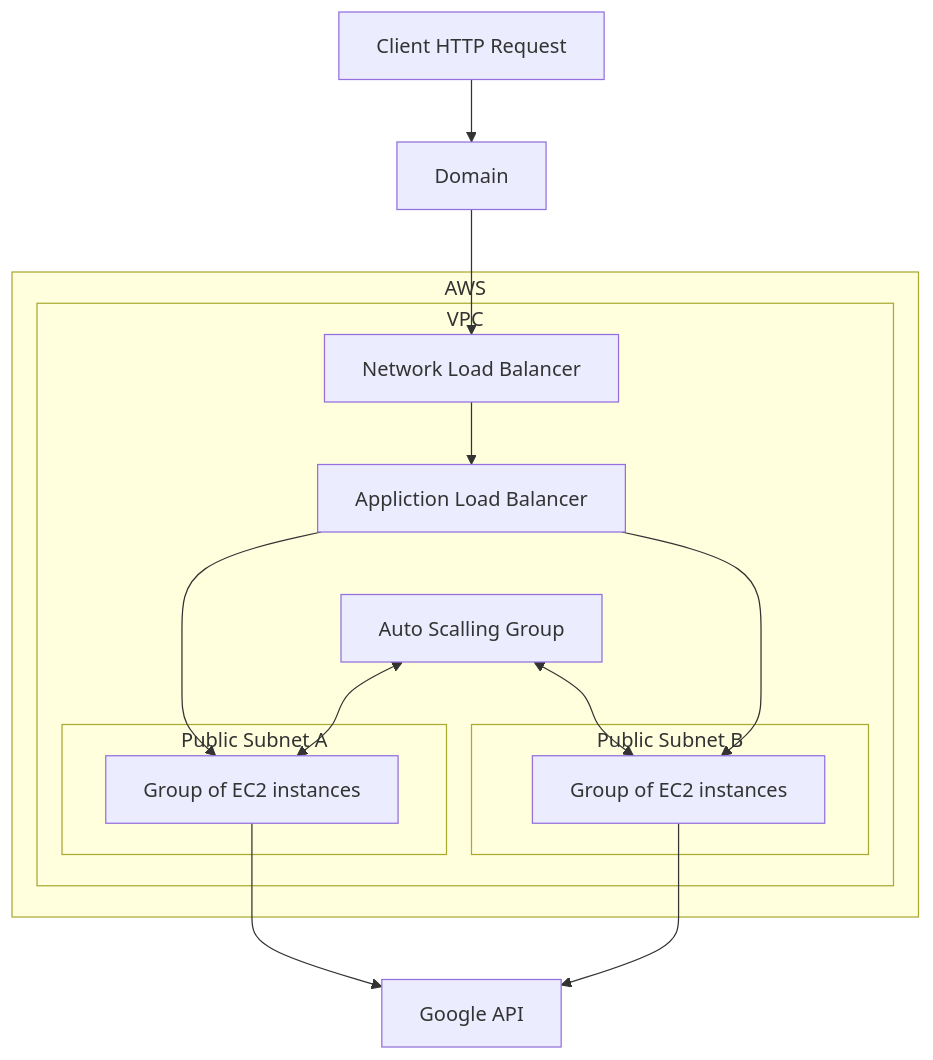
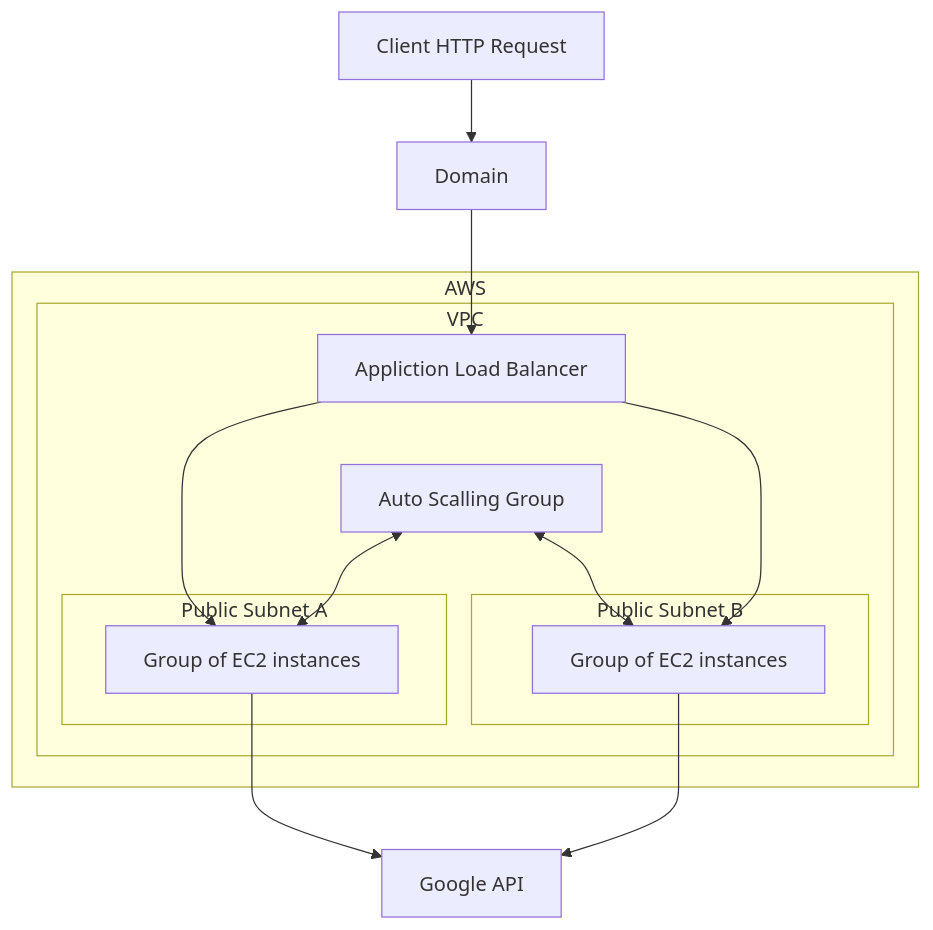
One commit to omer-priel/madabclick changed the third of 3 diagrams in README.md. Above: the diagram before and after it, drawn with Mermaid. The commit also changed 7 other files, not shown here.

````diff
--- a/README.md
+++ b/README.md
@@ -62,28 +62,25 @@
 ```mermaid
 flowchart TB
-  ClientRequest[Client HTTP Request] --> Domain --> NLB
+  ClientRequest[Client HTTP Request] --> Domain --> ALB
   subgraph AWS
     subgraph VPC
-      NLB[Network Load Balancer]
       ALB[Appliction Load Balancer]
       ASG[Auto Scalling Group]
-
-      NLB --> ALB
 
       ALB ---> EC2A
       ASG <--> EC2A
             
       ASG <--> EC2B
       ALB ---> EC2B
       
       subgraph Public Subnet A
         EC2A[Group of EC2 instances]
       end
       subgraph Public Subnet B
         EC2B[Group of EC2 instances]
       end
     end
   end
 
   EC2A & EC2B --> GoogleAPI[Google API]
 ```
````
